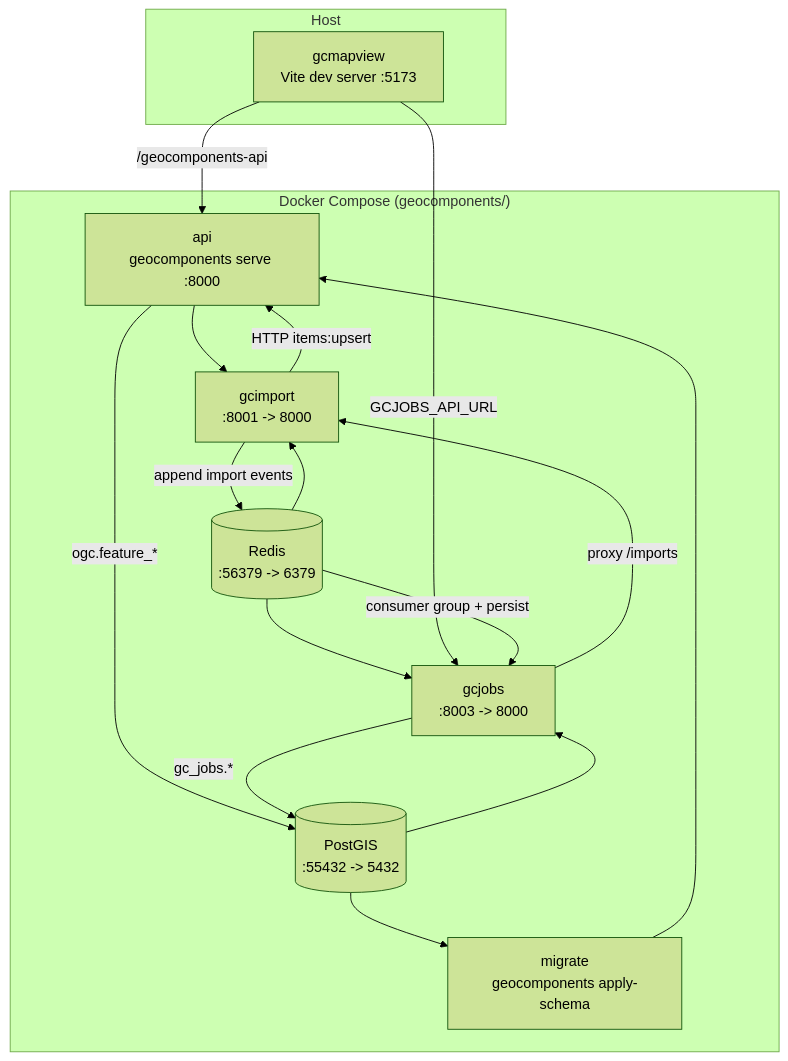
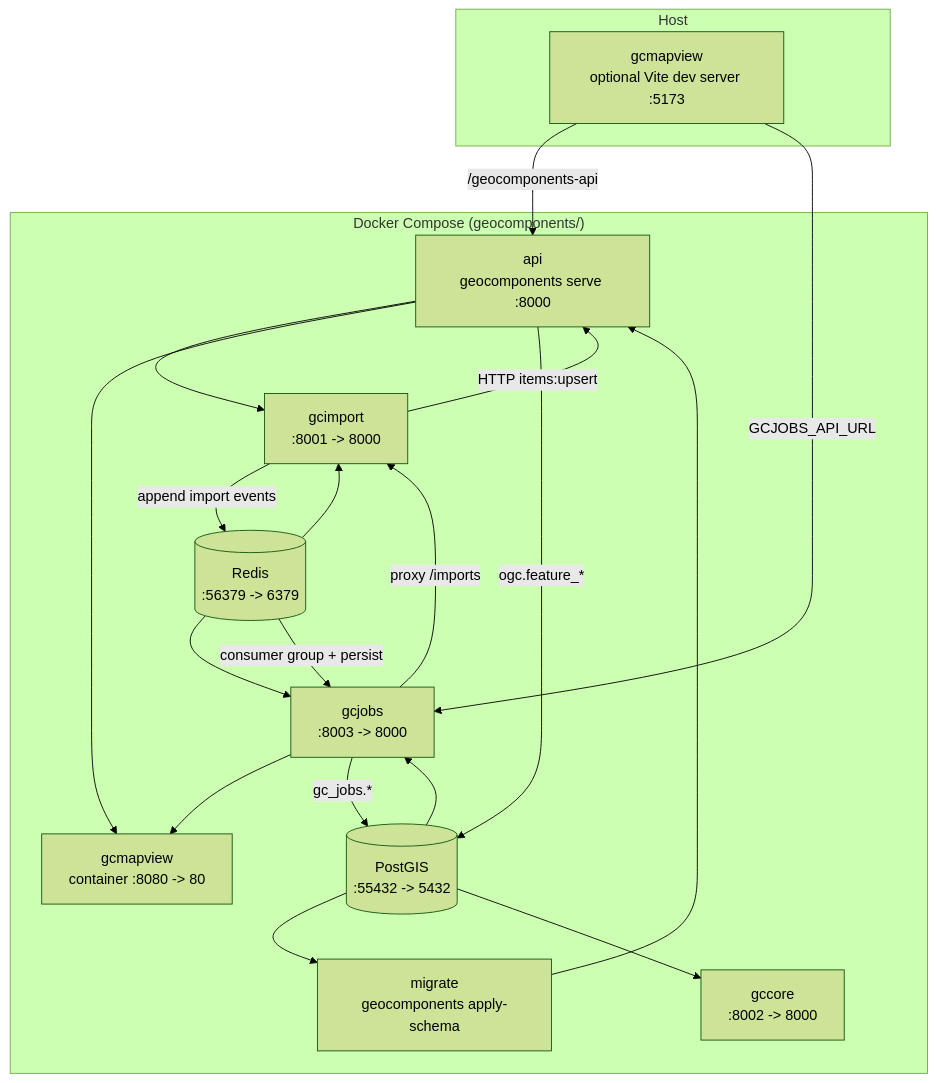
The second of 10 diagrams in docs/ARCHITECTURE.md (kartverket/topografisk-gdb-api), drawn with Mermaid (forest theme) before and after one commit. The commit also changed other lines of this file and 25 other files, not shown here.

````diff
--- a/docs/ARCHITECTURE.md
+++ b/docs/ARCHITECTURE.md
@@ -57,30 +61,35 @@
 ```mermaid
 flowchart TB
   subgraph Host
-    FE["gcmapview<br/>Vite dev server :5173"]
+    FEDEV["gcmapview<br/>optional Vite dev server :5173"]
   end
 
   subgraph "Docker Compose (geocomponents/)"
     DB[("PostGIS<br/>:55432 -> 5432")]
     REDIS[("Redis<br/>:56379 -> 6379")]
     MIG["migrate<br/>geocomponents apply-schema"]
     API["api<br/>geocomponents serve :8000"]
     IMP["gcimport<br/>:8001 -> 8000"]
+    CORE["gccore<br/>:8002 -> 8000"]
     JOBS["gcjobs<br/>:8003 -> 8000"]
+    FE["gcmapview<br/>container :8080 -> 80"]
 
     DB --> MIG --> API
     API --> IMP
+    DB --> CORE
     DB --> JOBS
     REDIS --> IMP
     REDIS --> JOBS
+    API --> FE
+    JOBS --> FE
   end
 
-  FE -->|/geocomponents-api| API
-  FE -->|GCJOBS_API_URL| JOBS
+  FEDEV -->|/geocomponents-api| API
+  FEDEV -->|GCJOBS_API_URL| JOBS
   JOBS -->|proxy /imports| IMP
   IMP -->|HTTP items:upsert| API
   IMP -->|append import events| REDIS
   REDIS -->|consumer group + persist| JOBS
   API -->|ogc.feature_*| DB
   JOBS -->|gc_jobs.*| DB
 ```
````
